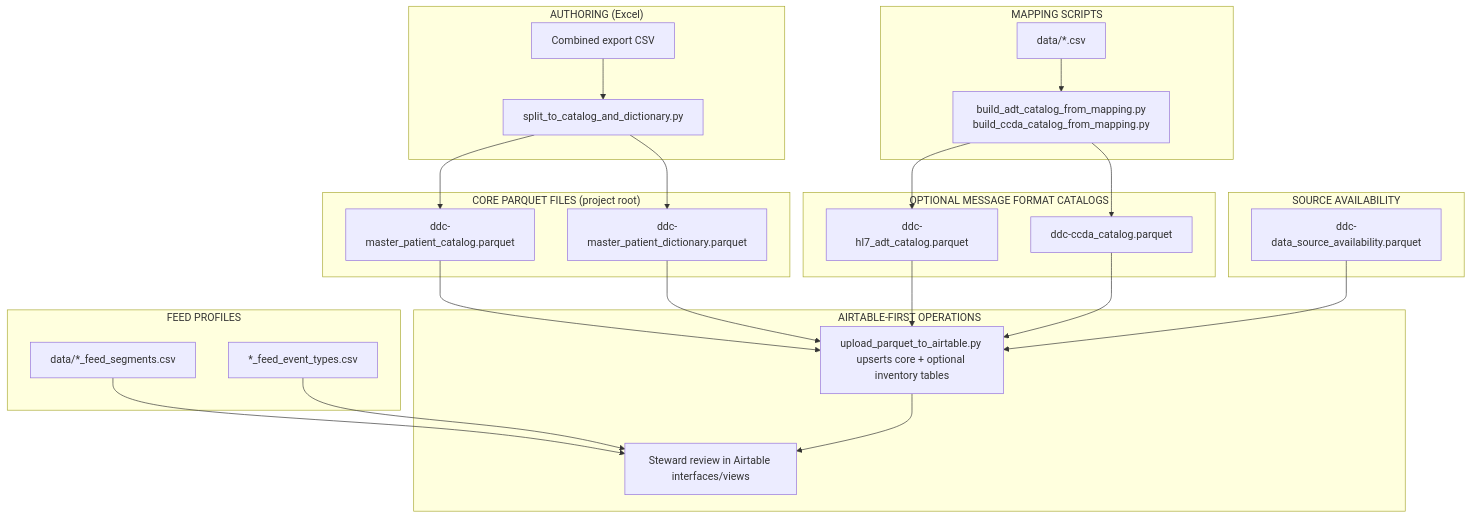
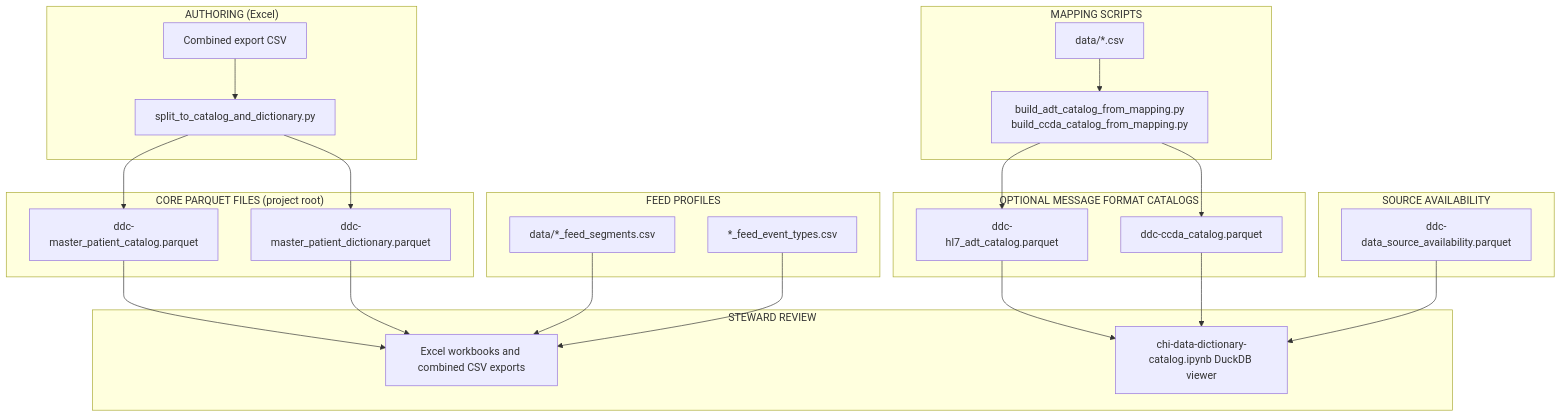
Before and after one commit to ajayprashar/chi-data-dictionary-catalog: the first of 3 diagrams in TECH-SPEC.md, drawn with Mermaid. The commit also changed other lines of this file and 31 other files, not shown here.

````diff
--- a/TECH-SPEC.md
+++ b/TECH-SPEC.md
@@ -300,51 +383,50 @@
 ```mermaid
 flowchart TB
     subgraph Authoring["AUTHORING (Excel)"]
         Excel["Combined export CSV"]
         Split["split_to_catalog_and_dictionary.py"]
     end
 
     subgraph Core["CORE PARQUET FILES (project root)"]
         Catalog["ddc-master_patient_catalog.parquet"]
         Dictionary["ddc-master_patient_dictionary.parquet"]
     end
 
     subgraph Mapping["MAPPING SCRIPTS"]
         DataCSV["data/*.csv"]
         Build["build_adt_catalog_from_mapping.py<br/>build_ccda_catalog_from_mapping.py"]
     end
 
     subgraph OptionalCatalogs["OPTIONAL MESSAGE FORMAT CATALOGS"]
         ADT["ddc-hl7_adt_catalog.parquet"]
         CCDA["ddc-ccda_catalog.parquet"]
     end
 
     subgraph Availability["SOURCE AVAILABILITY"]
         Avail["ddc-data_source_availability.parquet"]
     end
 
     subgraph FeedProfiles["FEED PROFILES"]
         Segments["data/*_feed_segments.csv"]
         Events["*_feed_event_types.csv"]
     end
 
-    subgraph AirtableOps["AIRTABLE-FIRST OPERATIONS"]
-        AirtableSync["upload_parquet_to_airtable.py upserts core + optional inventory tables"]
-        AirtableReview["Steward review in Airtable interfaces/views"]
+    subgraph Review["STEWARD REVIEW"]
+        ExcelReview["Excel workbooks and combined CSV exports"]
+        Notebook["chi-data-dictionary-catalog.ipynb DuckDB viewer"]
     end
 
     Excel --> Split
     Split --> Catalog
     Split --> Dictionary
     DataCSV --> Build
     Build --> ADT
     Build --> CCDA
-    Catalog --> AirtableSync
-    Dictionary --> AirtableSync
-    ADT --> AirtableSync
-    CCDA --> AirtableSync
-    Avail --> AirtableSync
-    Segments --> AirtableReview
-    Events --> AirtableReview
-    AirtableSync --> AirtableReview
+    Catalog --> ExcelReview
+    Dictionary --> ExcelReview
+    ADT --> Notebook
+    CCDA --> Notebook
+    Avail --> Notebook
+    Segments --> ExcelReview
+    Events --> ExcelReview
 ```
````
